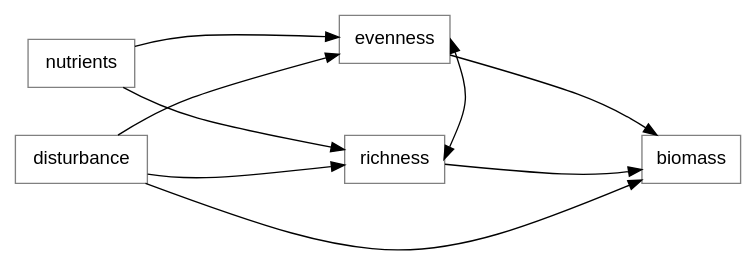
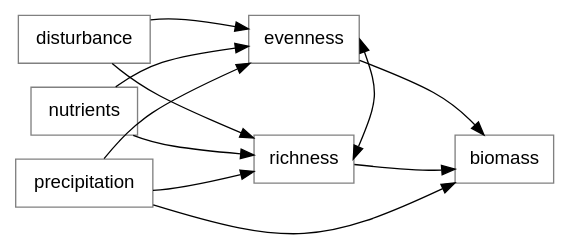
Before and after one commit to pennekampster/Swiss_SEM: diagram 25 of 25 in 5_Slides/Intro_to_SEM_part1.qmd, drawn with Graphviz. The commit also changed other lines of this file and 1 other file, not shown here.

````diff
--- a/5_Slides/Intro_to_SEM_part1.qmd
+++ b/5_Slides/Intro_to_SEM_part1.qmd
@@ -1363,33 +1403,34 @@
 ```{dot}
-//| fig-width: 6
+//| fig-width: 4
 digraph  {
 
    # a 'graph' statement
-  graph [overlap = false, fontsize = 10, rankdir = LR, ranksep=2, splines=curved]
+  graph [overlap = false, fontsize = 10, rankdir = LR, ranksep=1, splines=curved]
 
   # several 'node' statements
   node [shape = box,
         fontname = Helvetica, color="gray"]
   
-        evenness;
-        richness;
+        evenness, richness;
         nutrients;
-        disturbance; 
-        biomass; 
+        disturbance;
+        precipitation;
 
+    disturbance->richness;
+    disturbance->evenness;
     nutrients->richness;
     nutrients->evenness;
-    disturbance -> biomass;
-
-   disturbance -> richness;
-   disturbance-> evenness;
+    precipitation->richness;
+    precipitation->evenness;
+   # disturbance -> biomass;
+    precipitation -> biomass;
 
     evenness:e-> richness:e [dir=both; minlen=3] ;
 
     evenness->biomass ;
     richness->biomass ;
   
  { rank="same"; nutrients; disturbance}
  { rank="same"; evenness; richness}
 }
 ```
````
